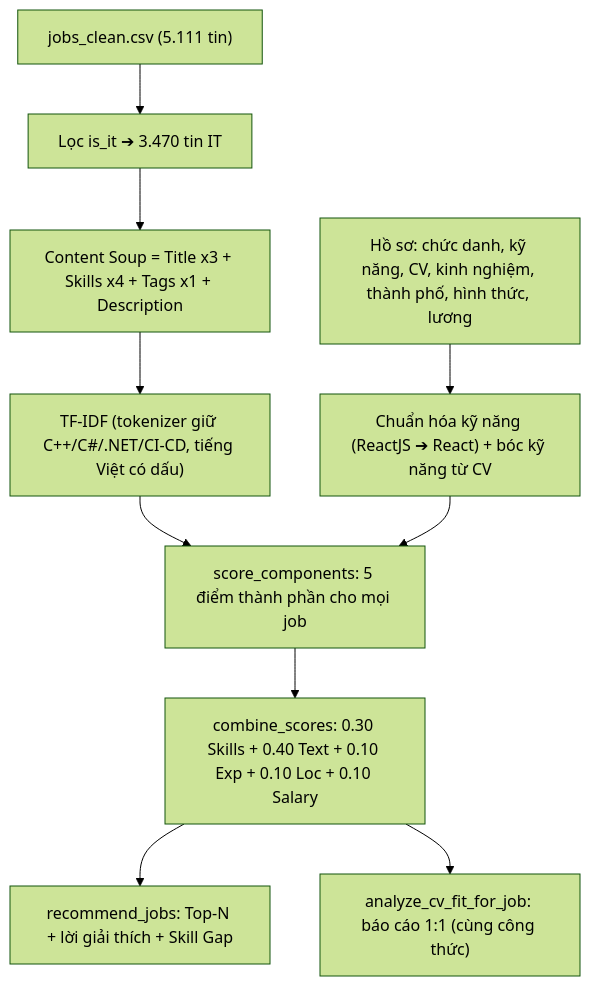
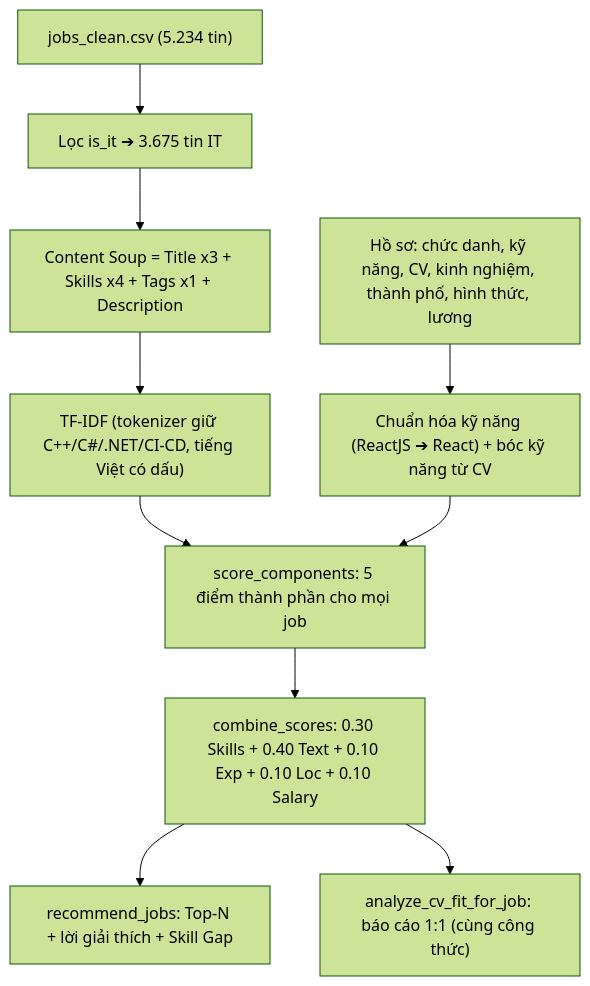
One commit to doanquangminh14/IT-Job-Market-Intelligence changed the diagram in notebook/README.md. Above: the diagram before and after it, drawn with Mermaid (forest theme). The commit also changed other lines of this file and 10 other files, not shown here.

````diff
--- a/notebook/README.md
+++ b/notebook/README.md
@@ -66,12 +67,12 @@
 ```mermaid
 flowchart TD
-    A["jobs_clean.csv (5.111 tin)"] --> B["Lọc is_it ➔ 3.470 tin IT"]
+    A["jobs_clean.csv (5.234 tin)"] --> B["Lọc is_it ➔ 3.675 tin IT"]
     B --> C["Content Soup = Title x3 + Skills x4 + Tags x1 + Description"]
     C --> D["TF-IDF (tokenizer giữ C++/C#/.NET/CI-CD, tiếng Việt có dấu)"]
     H["Hồ sơ: chức danh, kỹ năng, CV, kinh nghiệm, thành phố, hình thức, lương"] --> I["Chuẩn hóa kỹ năng (ReactJS ➔ React) + bóc kỹ năng từ CV"]
     D --> J["score_components: 5 điểm thành phần cho mọi job"]
     I --> J
     J --> K["combine_scores: 0.30 Skills + 0.40 Text + 0.10 Exp + 0.10 Loc + 0.10 Salary"]
     K --> L["recommend_jobs: Top-N + lời giải thích + Skill Gap"]
     K --> M["analyze_cv_fit_for_job: báo cáo 1:1 (cùng công thức)"]
 ```
````
